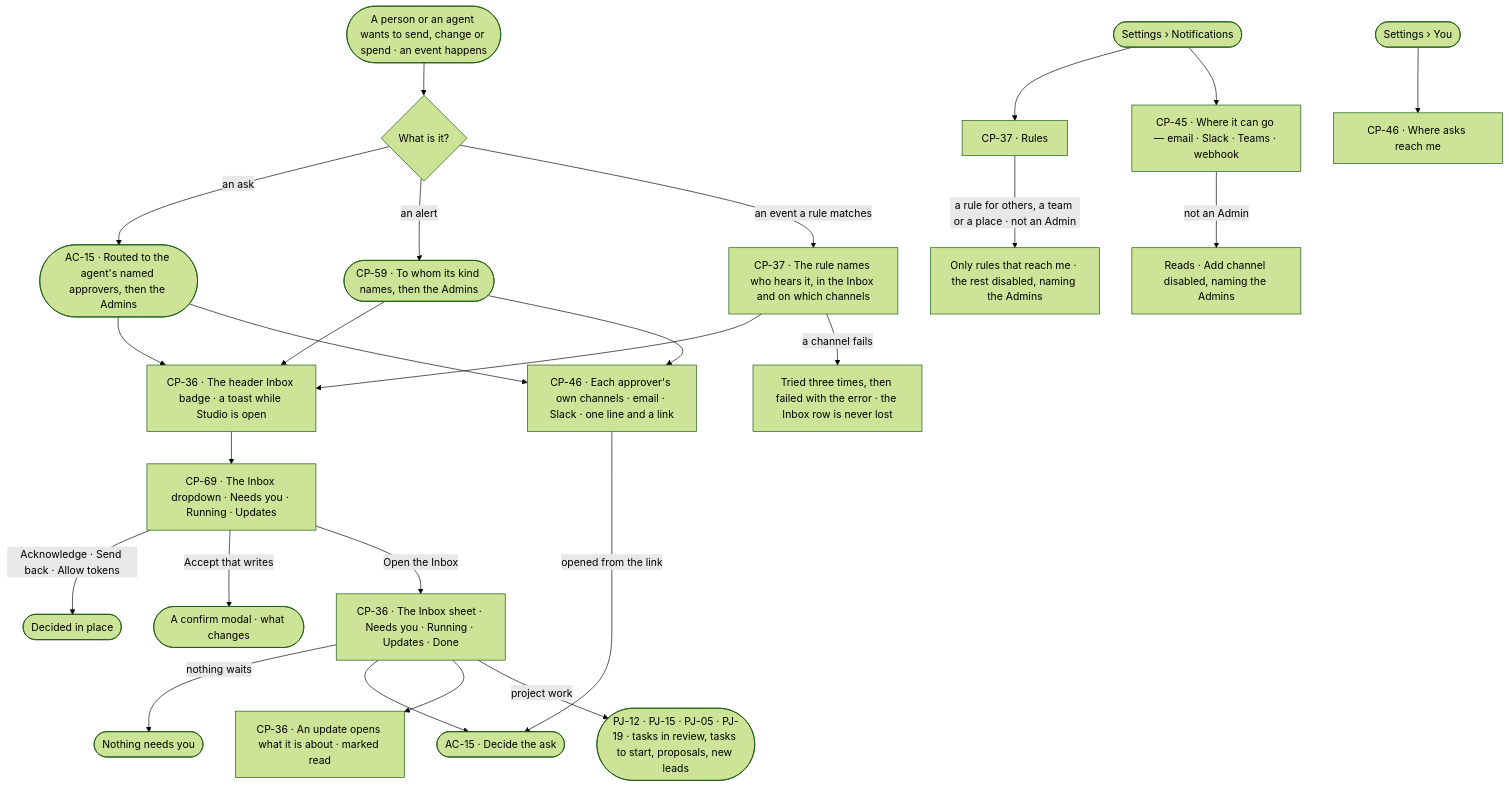
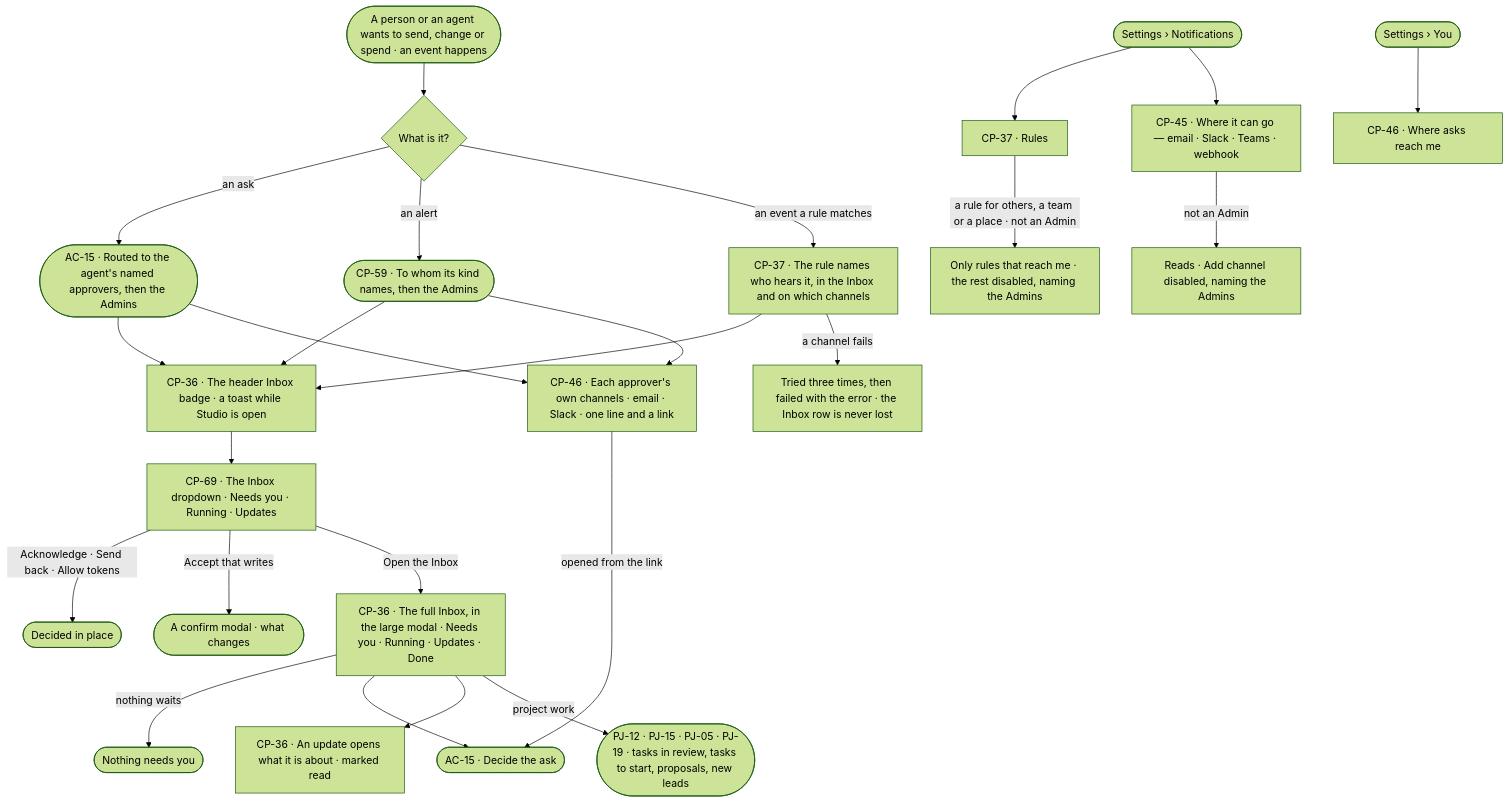
Before and after one commit to invana/invana: the diagram in specs/os/control/features/CP-F08-the-inbox/feature.md, drawn with Mermaid (forest theme). The commit also changed other lines of this file and 133 other files, not shown here.

First line of the commit message:
docs(specs): flat labelled nav, one large modal, slim header dropdowns

````diff
--- a/specs/os/control/features/CP-F08-the-inbox/feature.md
+++ b/specs/os/control/features/CP-F08-the-inbox/feature.md
@@ -26,27 +26,27 @@
 ```mermaid
 flowchart TD
   ev([A person or an agent wants to send, change or spend · an event happens]) --> kind{"What is it?"}
   kind -->|an ask| route(["AC-15 · Routed to the agent's named approvers, then the Admins"])
   route --> cnt["CP-36 · The header Inbox badge · a toast while Studio is open"]
   kind -->|an alert| oa(["CP-59 · To whom its kind names, then the Admins"])
   oa --> cnt
   oa --> mine
   kind -->|an event a rule matches| rule["CP-37 · The rule names who hears it, in the Inbox and on which channels"]
   rule --> cnt
   route --> mine["CP-46 · Each approver's own channels · email · Slack · one line and a link"]
   mine -->|opened from the link| ask
   rule -->|a channel fails| retry["Tried three times, then failed with the error · the Inbox row is never lost"]
   cnt --> dd["CP-69 · The Inbox dropdown · Needs you · Running · Updates"]
   dd -->|Acknowledge · Send back · Allow tokens| inplace(["Decided in place"])
   dd -->|Accept that writes| conf(["A confirm modal · what changes"])
-  dd -->|Open the Inbox| inbox["CP-36 · The Inbox sheet · Needs you · Running · Updates · Done"]
+  dd -->|Open the Inbox| inbox["CP-36 · The full Inbox, in the large modal · Needs you · Running · Updates · Done"]
   inbox -->|nothing waits| calm(["Nothing needs you"])
   inbox --> ask(["AC-15 · Decide the ask"])
   inbox --> upd["CP-36 · An update opens what it is about · marked read"]
   inbox -->|project work| pj(["PJ-12 · PJ-15 · PJ-05 · PJ-19 · tasks in review, tasks to start, proposals, new leads"])
   set([Settings › Notifications]) --> r5["CP-37 · Rules"]
   r5 -->|a rule for others, a team or a place · not an Admin| r5ro["Only rules that reach me · the rest disabled, naming the Admins"]
   set --> chs["CP-45 · Where it can go — email · Slack · Teams · webhook"]
   chs -->|not an Admin| chro["Reads · Add channel disabled, naming the Admins"]
   me([Settings › You]) --> pref["CP-46 · Where asks reach me"]
 ```
````
